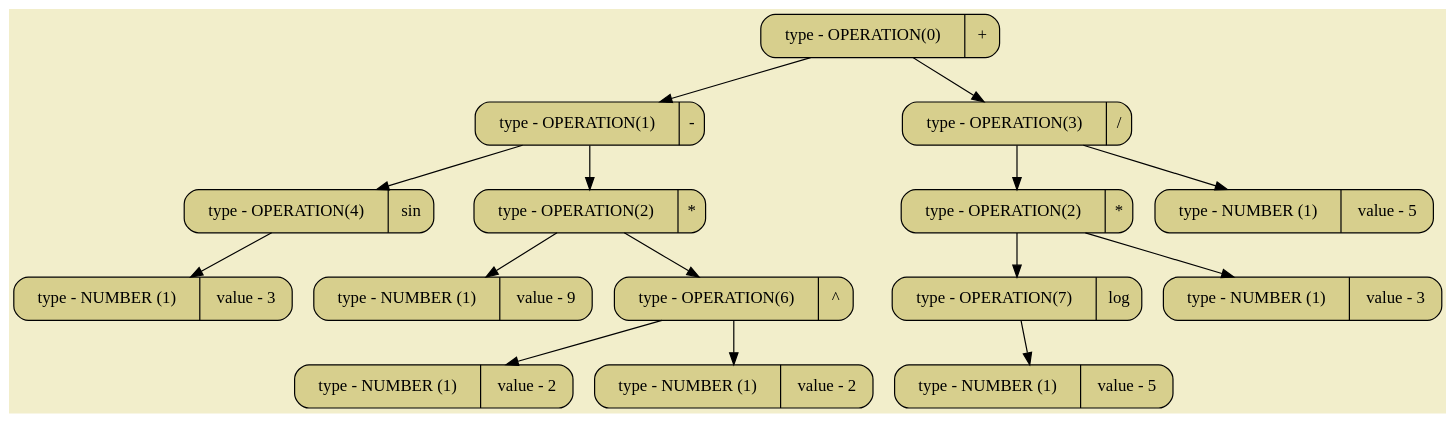
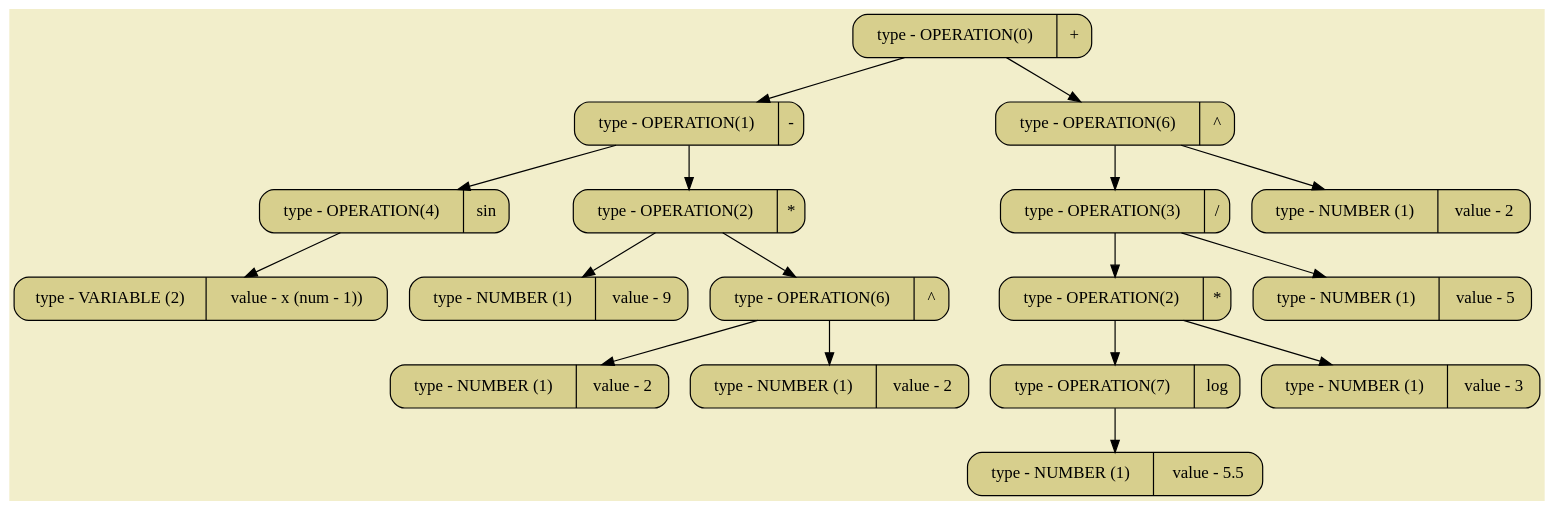
Before and after one commit to SashaKhaytina/Differenciator: the diagram in all_dumps/pictures/image01.dot, drawn with Graphviz. The commit also changed 30 other files, not shown here.

```diff
--- a/all_dumps/pictures/image01.dot
+++ b/all_dumps/pictures/image01.dot
@@ -1,34 +1,38 @@
 digraph
 {
 bgcolor="#F2EECB";
 rankdir = TB;
-POINT_0x636c9d3b0610[shape=Mrecord, label = "type - OPERATION(0) | +", style="filled",fillcolor="#D7CF8D"]
-POINT_0x636c9d3b0510[shape=Mrecord, label = "type - OPERATION(1) | -", style="filled",fillcolor="#D7CF8D"]
-POINT_0x636c9d3b0490[shape=Mrecord, label = "type - OPERATION(4) | sin", style="filled",fillcolor="#D7CF8D"]
-POINT_0x636c9d3b04d0[shape=Mrecord, label = "type - NUMBER (1) | value - 3", style="filled",fillcolor="#D7CF8D"]
-POINT_0x636c9d3b0550[shape=Mrecord, label = "type - OPERATION(2) | *", style="filled",fillcolor="#D7CF8D"]
-POINT_0x636c9d3b0530[shape=Mrecord, label = "type - NUMBER (1) | value - 9", style="filled",fillcolor="#D7CF8D"]
-POINT_0x636c9d3b05d0[shape=Mrecord, label = "type - OPERATION(6) | ^", style="filled",fillcolor="#D7CF8D"]
-POINT_0x636c9d3b0590[shape=Mrecord, label = "type - NUMBER (1) | value - 2", style="filled",fillcolor="#D7CF8D"]
-POINT_0x636c9d3b05f0[shape=Mrecord, label = "type - NUMBER (1) | value - 2", style="filled",fillcolor="#D7CF8D"]
-POINT_0x636c9d3b06f0[shape=Mrecord, label = "type - OPERATION(3) | /", style="filled",fillcolor="#D7CF8D"]
-POINT_0x636c9d3b06b0[shape=Mrecord, label = "type - OPERATION(2) | *", style="filled",fillcolor="#D7CF8D"]
-POINT_0x636c9d3b0630[shape=Mrecord, label = "type - OPERATION(7) | log", style="filled",fillcolor="#D7CF8D"]
-POINT_0x636c9d3b0670[shape=Mrecord, label = "type - NUMBER (1) | value - 5", style="filled",fillcolor="#D7CF8D"]
-POINT_0x636c9d3b06d0[shape=Mrecord, label = "type - NUMBER (1) | value - 3", style="filled",fillcolor="#D7CF8D"]
-POINT_0x636c9d3b0710[shape=Mrecord, label = "type - NUMBER (1) | value - 5", style="filled",fillcolor="#D7CF8D"]
-POINT_0x636c9d3b0610 -> POINT_0x636c9d3b0510
-POINT_0x636c9d3b0610 -> POINT_0x636c9d3b06f0
-POINT_0x636c9d3b0510 -> POINT_0x636c9d3b0490
-POINT_0x636c9d3b0510 -> POINT_0x636c9d3b0550
-POINT_0x636c9d3b0490 -> POINT_0x636c9d3b04d0
-POINT_0x636c9d3b0550 -> POINT_0x636c9d3b0530
-POINT_0x636c9d3b0550 -> POINT_0x636c9d3b05d0
-POINT_0x636c9d3b05d0 -> POINT_0x636c9d3b0590
-POINT_0x636c9d3b05d0 -> POINT_0x636c9d3b05f0
-POINT_0x636c9d3b06f0 -> POINT_0x636c9d3b06b0
-POINT_0x636c9d3b06f0 -> POINT_0x636c9d3b0710
-POINT_0x636c9d3b06b0 -> POINT_0x636c9d3b0630
-POINT_0x636c9d3b06b0 -> POINT_0x636c9d3b06d0
-POINT_0x636c9d3b0630 -> POINT_0x636c9d3b0670
+POINT_0x64d470c4d860[shape=Mrecord, label = "type - OPERATION(0) | +", style="filled",fillcolor="#D7CF8D"]
+POINT_0x64d470c4d6e0[shape=Mrecord, label = "type - OPERATION(1) | -", style="filled",fillcolor="#D7CF8D"]
+POINT_0x64d470c4d600[shape=Mrecord, label = "type - OPERATION(4) | sin", style="filled",fillcolor="#D7CF8D"]
+POINT_0x64d470c4d680[shape=Mrecord, label = "type - VARIABLE (2) | value - x (num - 1))", style="filled",fillcolor="#D7CF8D"]
+POINT_0x64d470c4d740[shape=Mrecord, label = "type - OPERATION(2) | *", style="filled",fillcolor="#D7CF8D"]
+POINT_0x64d470c4d710[shape=Mrecord, label = "type - NUMBER (1) | value - 9", style="filled",fillcolor="#D7CF8D"]
+POINT_0x64d470c4d800[shape=Mrecord, label = "type - OPERATION(6) | ^", style="filled",fillcolor="#D7CF8D"]
+POINT_0x64d470c4d7a0[shape=Mrecord, label = "type - NUMBER (1) | value - 2", style="filled",fillcolor="#D7CF8D"]
+POINT_0x64d470c4d830[shape=Mrecord, label = "type - NUMBER (1) | value - 2", style="filled",fillcolor="#D7CF8D"]
+POINT_0x64d470c4da90[shape=Mrecord, label = "type - OPERATION(6) | ^", style="filled",fillcolor="#D7CF8D"]
+POINT_0x64d470c4da00[shape=Mrecord, label = "type - OPERATION(3) | /", style="filled",fillcolor="#D7CF8D"]
+POINT_0x64d470c4d9a0[shape=Mrecord, label = "type - OPERATION(2) | *", style="filled",fillcolor="#D7CF8D"]
+POINT_0x64d470c4d8e0[shape=Mrecord, label = "type - OPERATION(7) | log", style="filled",fillcolor="#D7CF8D"]
+POINT_0x64d470c4d940[shape=Mrecord, label = "type - NUMBER (1) | value - 5.5", style="filled",fillcolor="#D7CF8D"]
+POINT_0x64d470c4d9d0[shape=Mrecord, label = "type - NUMBER (1) | value - 3", style="filled",fillcolor="#D7CF8D"]
+POINT_0x64d470c4da30[shape=Mrecord, label = "type - NUMBER (1) | value - 5", style="filled",fillcolor="#D7CF8D"]
+POINT_0x64d470c4dac0[shape=Mrecord, label = "type - NUMBER (1) | value - 2", style="filled",fillcolor="#D7CF8D"]
+POINT_0x64d470c4d860 -> POINT_0x64d470c4d6e0
+POINT_0x64d470c4d860 -> POINT_0x64d470c4da90
+POINT_0x64d470c4d6e0 -> POINT_0x64d470c4d600
+POINT_0x64d470c4d6e0 -> POINT_0x64d470c4d740
+POINT_0x64d470c4d600 -> POINT_0x64d470c4d680
+POINT_0x64d470c4d740 -> POINT_0x64d470c4d710
+POINT_0x64d470c4d740 -> POINT_0x64d470c4d800
+POINT_0x64d470c4d800 -> POINT_0x64d470c4d7a0
+POINT_0x64d470c4d800 -> POINT_0x64d470c4d830
+POINT_0x64d470c4da90 -> POINT_0x64d470c4da00
+POINT_0x64d470c4da90 -> POINT_0x64d470c4dac0
+POINT_0x64d470c4da00 -> POINT_0x64d470c4d9a0
+POINT_0x64d470c4da00 -> POINT_0x64d470c4da30
+POINT_0x64d470c4d9a0 -> POINT_0x64d470c4d8e0
+POINT_0x64d470c4d9a0 -> POINT_0x64d470c4d9d0
+POINT_0x64d470c4d8e0 -> POINT_0x64d470c4d940
 }
```
